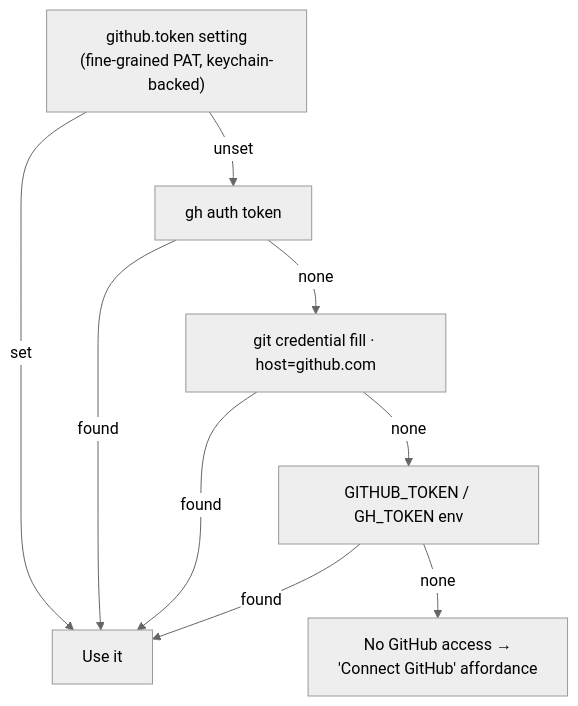
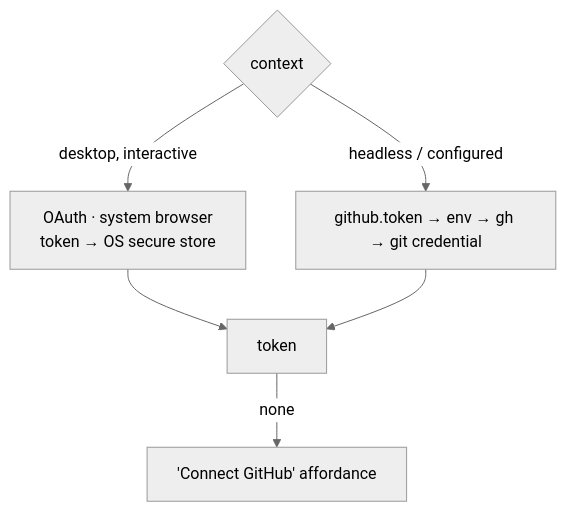
One commit to Kapps/weavie changed the second of 3 diagrams in docs/specs/open-pr.md. Above: the diagram before and after it, drawn with Mermaid (neutral theme). The commit also changed other lines of this file, not shown here.

````diff
--- a/docs/specs/open-pr.md
+++ b/docs/specs/open-pr.md
@@ -137,11 +183,8 @@
 ```mermaid
 flowchart TD
-  A["github.token setting<br/>(fine-grained PAT, keychain-backed)"] -->|set| USE[Use it]
-  A -->|unset| B["gh auth token"]
-  B -->|found| USE
-  B -->|none| C["git credential fill · host=github.com"]
-  C -->|found| USE
-  C -->|none| D["GITHUB_TOKEN / GH_TOKEN env"]
-  D -->|found| USE
-  D -->|none| E["No GitHub access →<br/>'Connect GitHub' affordance"]
+  Ctx{context} -->|desktop, interactive| O["OAuth · system browser<br/>token → OS secure store"]
+  Ctx -->|headless / configured| T["github.token → env → gh → git credential"]
+  O --> USE[token]
+  T --> USE
+  USE -->|none| E["'Connect GitHub' affordance"]
 ```
````
